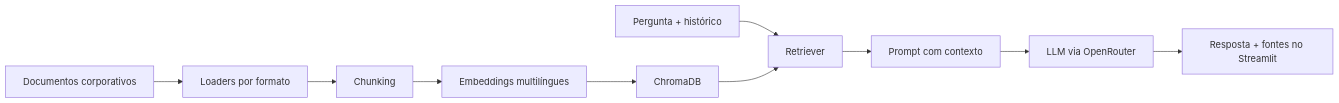
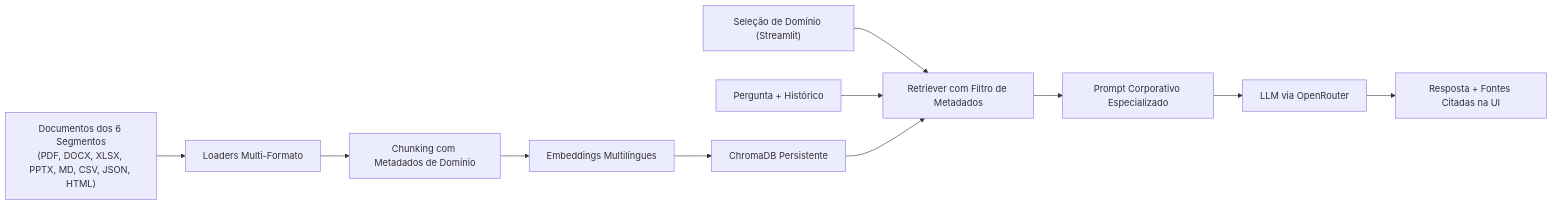
One commit to alexxnunes/alura-agente changed the diagram in README.md. Above: the diagram before and after it, drawn with Mermaid. The commit also changed other lines of this file and 43 other files, not shown here.

Commit message:
feat: adicionar suporte a 6 segmentos com documentação e filtro por domínio

````diff
--- a/README.md
+++ b/README.md
@@ -21,12 +71,13 @@
 ```mermaid
 flowchart LR
-    A["Documentos corporativos"] --> B["Loaders por formato"]
-    B --> C["Chunking"]
-    C --> D["Embeddings multilíngues"]
-    D --> E["ChromaDB"]
-    Q["Pergunta + histórico"] --> R["Retriever"]
+    A["Documentos dos 6 Segmentos\n(PDF, DOCX, XLSX, PPTX, MD, CSV, JSON, HTML)"] --> B["Loaders Multi-Formato"]
+    B --> C["Chunking com Metadados de Domínio"]
+    C --> D["Embeddings Multilíngues"]
+    D --> E["ChromaDB Persistente"]
+    S["Seleção de Domínio (Streamlit)"] --> R["Retriever com Filtro de Metadados"]
+    Q["Pergunta + Histórico"] --> R
     E --> R
-    R --> P["Prompt com contexto"]
+    R --> P["Prompt Corporativo Especializado"]
     P --> L["LLM via OpenRouter"]
-    L --> U["Resposta + fontes no Streamlit"]
+    L --> U["Resposta + Fontes Citadas na UI"]
 ```
````
